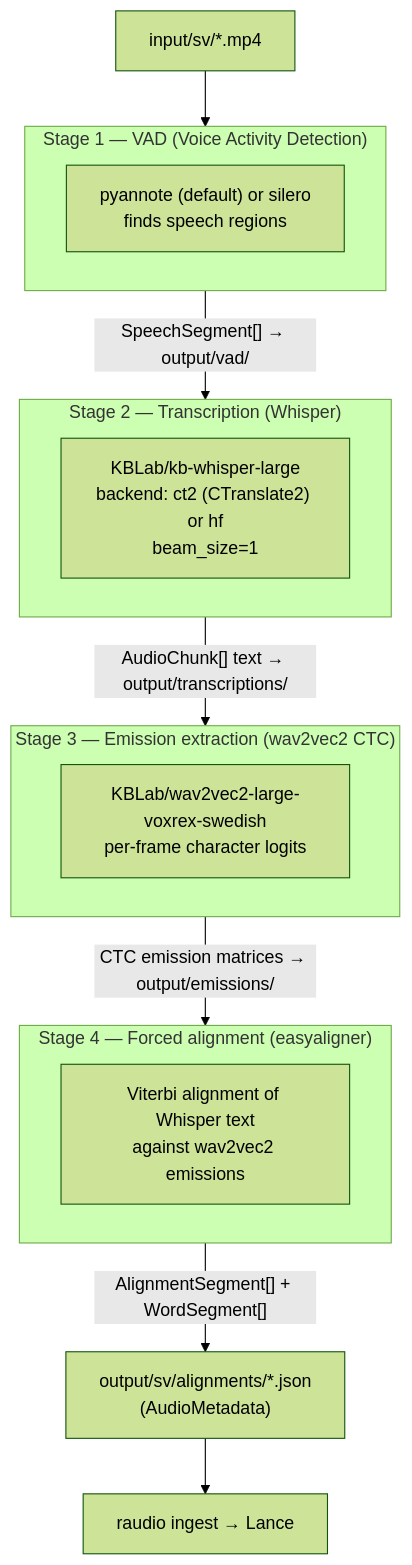
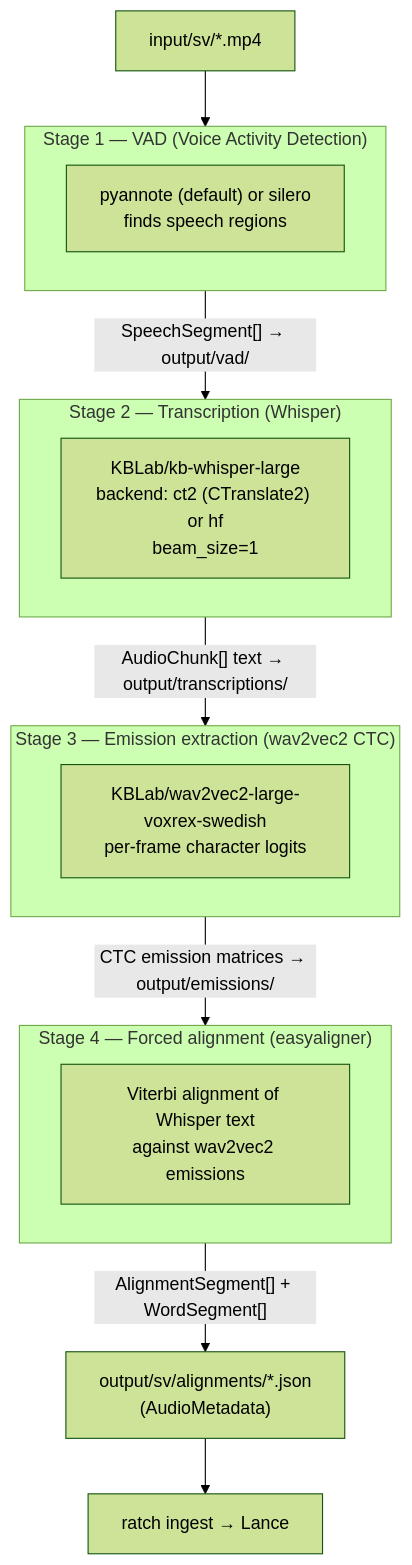
One commit to Borg93/lance-audio-demo changed the first of 5 diagrams in docs/PIPELINE.md. Above: the diagram before and after it, drawn with Mermaid (forest theme). The commit also changed other lines of this file and 191 other files, not shown here.

````diff
--- a/docs/PIPELINE.md
+++ b/docs/PIPELINE.md
@@ -32,21 +32,21 @@
 ```mermaid
 flowchart TD
     A["input/sv/*.mp4"] --> S1
     subgraph S1["Stage 1 — VAD (Voice Activity Detection)"]
         V["pyannote (default) or silero<br/>finds speech regions"]
     end
     S1 -->|"SpeechSegment[] → output/vad/"| S2
     subgraph S2["Stage 2 — Transcription (Whisper)"]
         W["KBLab/kb-whisper-large<br/>backend: ct2 (CTranslate2) or hf<br/>beam_size=1"]
     end
     S2 -->|"AudioChunk[] text → output/transcriptions/"| S3
     subgraph S3["Stage 3 — Emission extraction (wav2vec2 CTC)"]
         E["KBLab/wav2vec2-large-voxrex-swedish<br/>per-frame character logits"]
     end
     S3 -->|"CTC emission matrices → output/emissions/"| S4
     subgraph S4["Stage 4 — Forced alignment (easyaligner)"]
         F["Viterbi alignment of Whisper text<br/>against wav2vec2 emissions"]
     end
     S4 -->|"AlignmentSegment[] + WordSegment[]"| OUT["output/sv/alignments/*.json<br/>(AudioMetadata)"]
-    OUT --> ING["raudio ingest → Lance"]
+    OUT --> ING["ratch ingest → Lance"]
 ```
````
